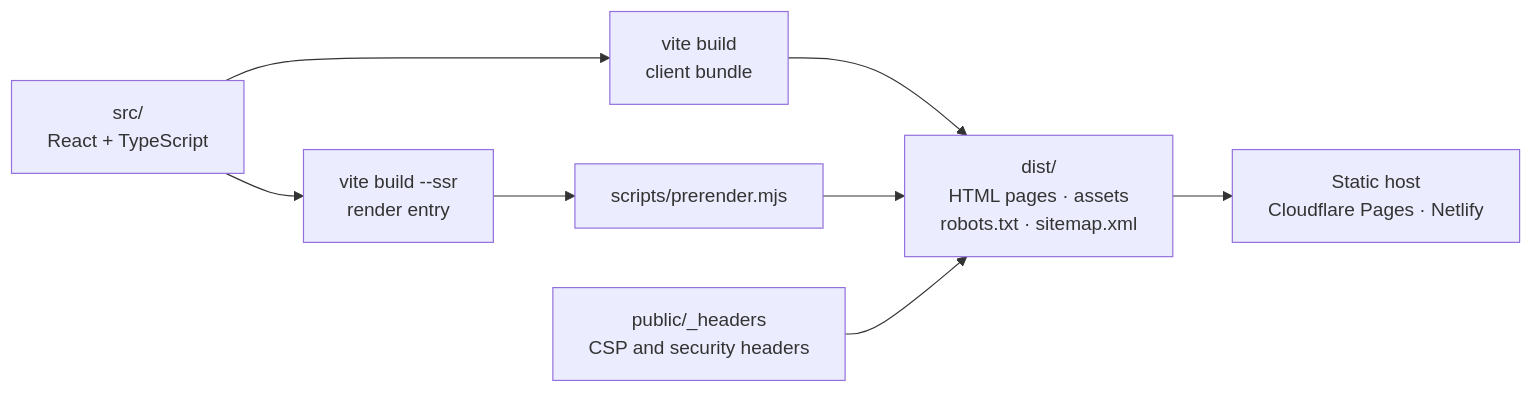
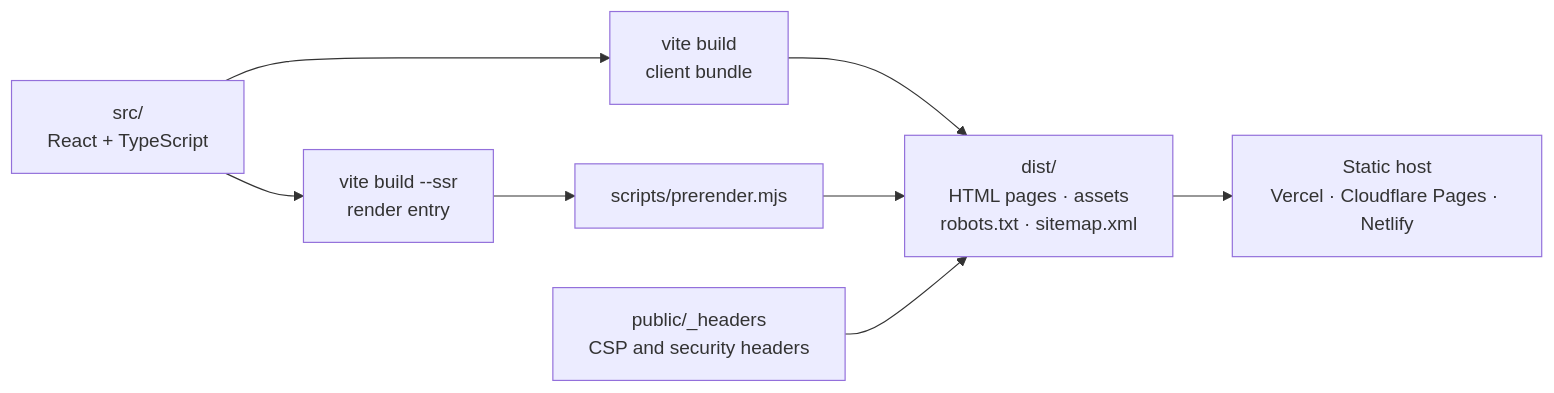
Before and after one commit to sujitsahu461/NIVARANOVA-TECHNOLOGIES-PVT-LTD: the third of 3 diagrams in README.md, drawn with Mermaid. The commit also changed other lines of this file and 3 other files, not shown here.

````diff
--- a/README.md
+++ b/README.md
@@ -572,10 +572,10 @@
 ```mermaid
 flowchart LR
     src["src/<br/>React + TypeScript"] --> client["vite build<br/>client bundle"]
     src --> ssr["vite build --ssr<br/>render entry"]
     ssr --> pre["scripts/prerender.mjs"]
     client --> dist["dist/<br/>HTML pages · assets<br/>robots.txt · sitemap.xml"]
     pre --> dist
     headers["public/_headers<br/>CSP and security headers"] --> dist
-    dist --> host["Static host<br/>Cloudflare Pages · Netlify"]
+    dist --> host["Static host<br/>Vercel · Cloudflare Pages · Netlify"]
 ```
````
